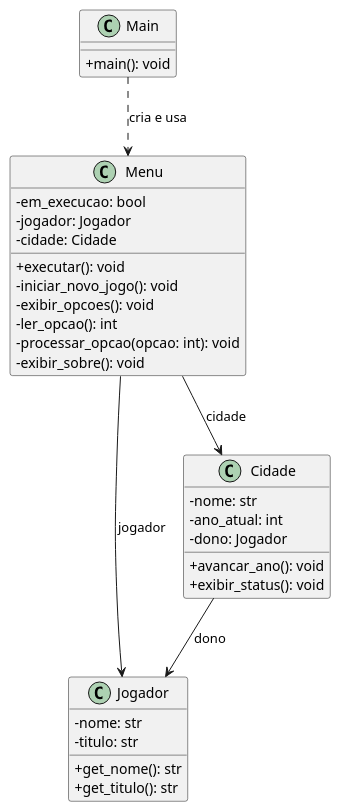
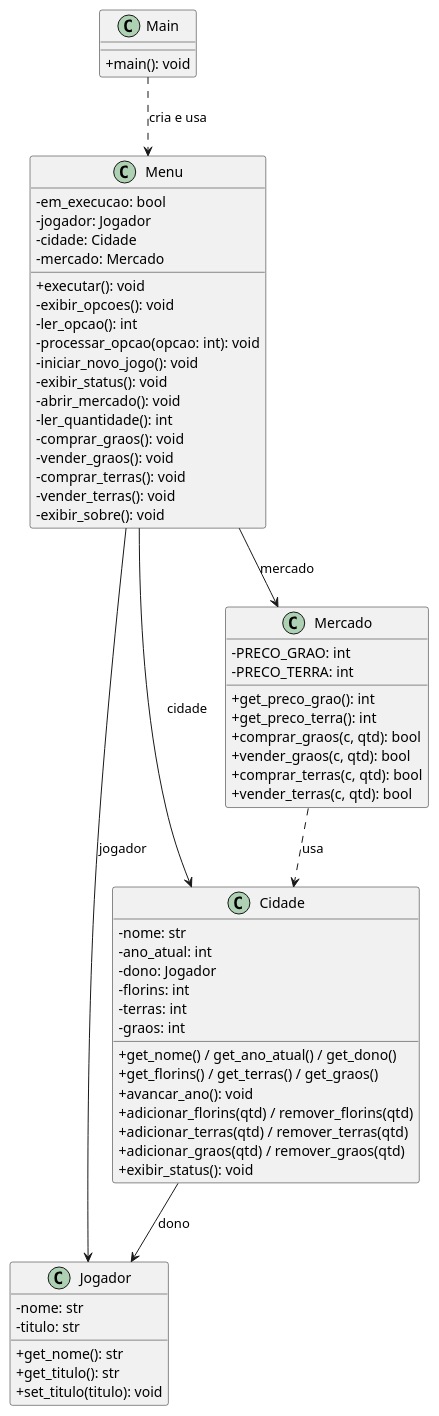
One commit to guipoliver/Bolonha-e-Milano changed the diagram in uml/diagrama-classes.puml. Above: the diagram before and after it, drawn with PlantUML. The commit also changed 10 other files, not shown here.

Commit message:
Etapa 3: economia, classe Mercado, submenu e diagramas

```diff
--- a/uml/diagrama-classes.puml
+++ b/uml/diagrama-classes.puml
@@ -1,39 +1,69 @@
 @startuml
 skinparam classAttributeIconSize 0
 
 class Main {
   + main(): void
 }
 
 class Menu {
   - em_execucao: bool
   - jogador: Jogador
   - cidade: Cidade
+  - mercado: Mercado
   + executar(): void
-  - iniciar_novo_jogo(): void
   - exibir_opcoes(): void
   - ler_opcao(): int
   - processar_opcao(opcao: int): void
+  - iniciar_novo_jogo(): void
+  - exibir_status(): void
+  - abrir_mercado(): void
+  - ler_quantidade(): int
+  - comprar_graos(): void
+  - vender_graos(): void
+  - comprar_terras(): void
+  - vender_terras(): void
   - exibir_sobre(): void
 }
 
 class Jogador {
   - nome: str
   - titulo: str
   + get_nome(): str
   + get_titulo(): str
+  + set_titulo(titulo): void
 }
 
 class Cidade {
   - nome: str
   - ano_atual: int
   - dono: Jogador
+  - florins: int
+  - terras: int
+  - graos: int
+  + get_nome() / get_ano_atual() / get_dono()
+  + get_florins() / get_terras() / get_graos()
   + avancar_ano(): void
+  + adicionar_florins(qtd) / remover_florins(qtd)
+  + adicionar_terras(qtd) / remover_terras(qtd)
+  + adicionar_graos(qtd) / remover_graos(qtd)
   + exibir_status(): void
+}
+
+class Mercado {
+  - PRECO_GRAO: int
+  - PRECO_TERRA: int
+  + get_preco_grao(): int
+  + get_preco_terra(): int
+  + comprar_graos(c, qtd): bool
+  + vender_graos(c, qtd): bool
+  + comprar_terras(c, qtd): bool
+  + vender_terras(c, qtd): bool
 }
 
 Main ..> Menu : cria e usa
 Menu --> Jogador : jogador
 Menu --> Cidade : cidade
+Menu --> Mercado : mercado
 Cidade --> Jogador : dono
+Mercado ..> Cidade : usa
 @enduml
```
